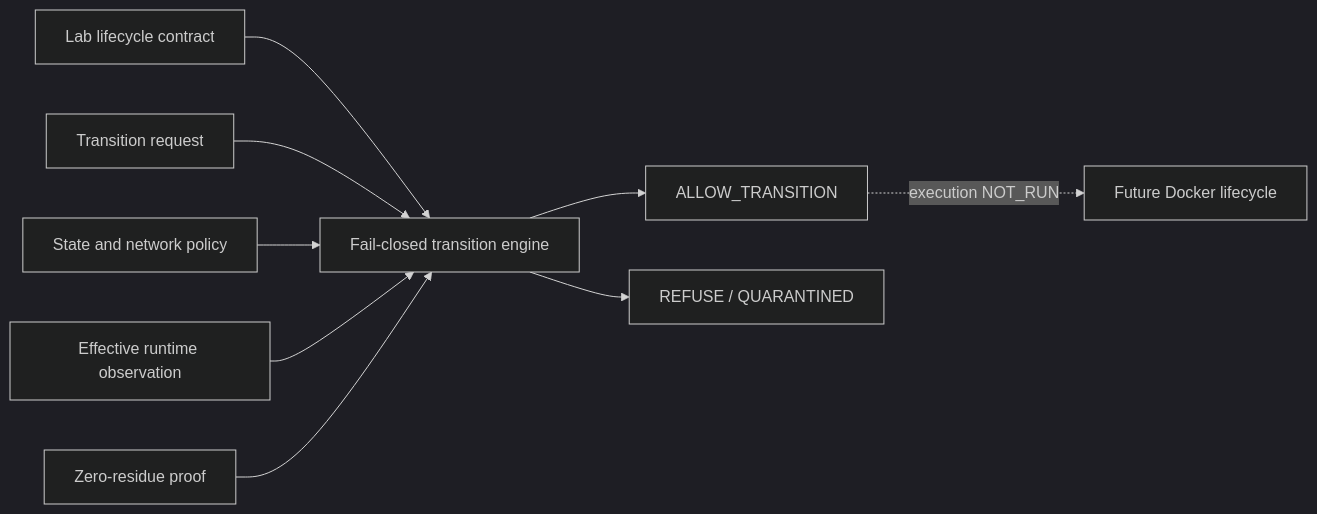
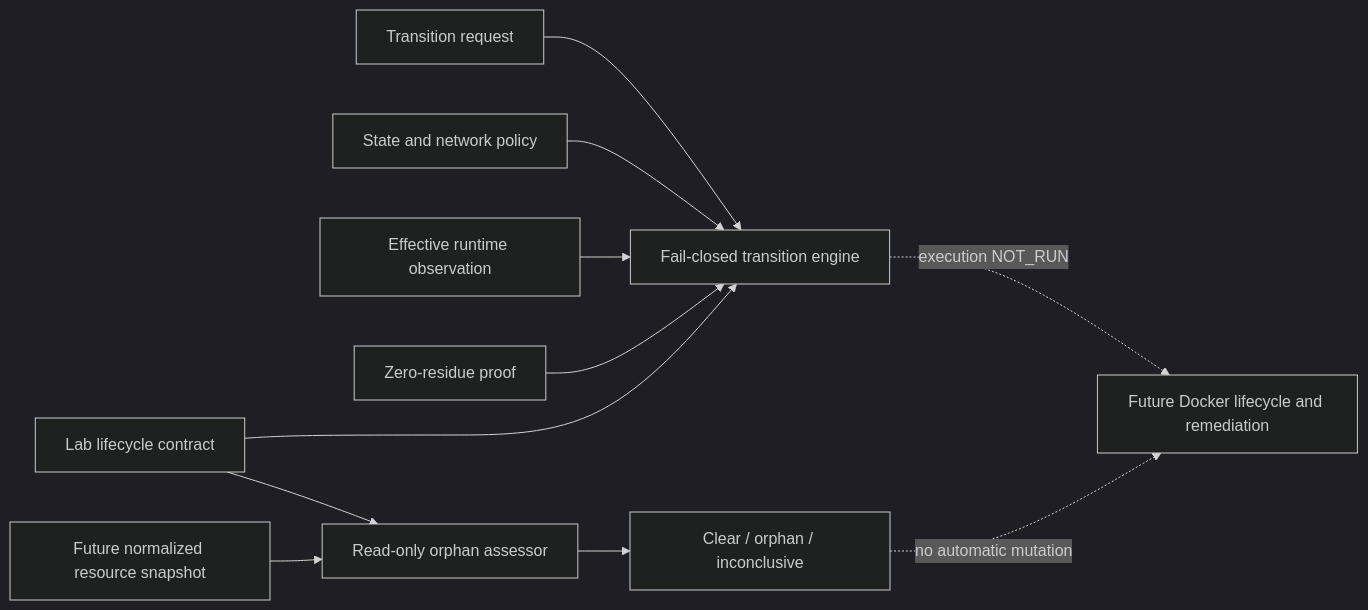
The diagram in docs/roadmap/EPIC-04-08-transactional-lifecycle-contract-candidate-as-built.md (pestoura/hermes-security-labs), drawn with Mermaid (dark theme) before and after one commit. The commit also changed other lines of this file, not shown here.

Commit message:
docs(svp2-b03): extend supplementary record with orphan assessor candidate

````diff
--- a/docs/roadmap/EPIC-04-08-transactional-lifecycle-contract-candidate-as-built.md
+++ b/docs/roadmap/EPIC-04-08-transactional-lifecycle-contract-candidate-as-built.md
@@ -37,21 +40,24 @@
 ```mermaid
 flowchart LR
   CONTRACT[Lab lifecycle contract]
   REQUEST[Transition request]
   POLICY[State and network policy]
   OBS[Effective runtime observation]
   PROOF[Zero-residue proof]
   ENGINE[Fail-closed transition engine]
-  ALLOW[ALLOW_TRANSITION]
-  REFUSE[REFUSE / QUARANTINED]
-  DOCKER[Future Docker lifecycle]
+  SNAP[Future normalized resource snapshot]
+  ORPHAN[Read-only orphan assessor]
+  RESULT[Clear / orphan / inconclusive]
+  DOCKER[Future Docker lifecycle and remediation]
 
   CONTRACT --> ENGINE
   REQUEST --> ENGINE
   POLICY --> ENGINE
   OBS --> ENGINE
   PROOF --> ENGINE
-  ENGINE --> ALLOW
-  ENGINE --> REFUSE
-  ALLOW -. execution NOT_RUN .-> DOCKER
+  SNAP --> ORPHAN
+  CONTRACT --> ORPHAN
+  ORPHAN --> RESULT
+  ENGINE -. execution NOT_RUN .-> DOCKER
+  RESULT -. no automatic mutation .-> DOCKER
 ```
````
